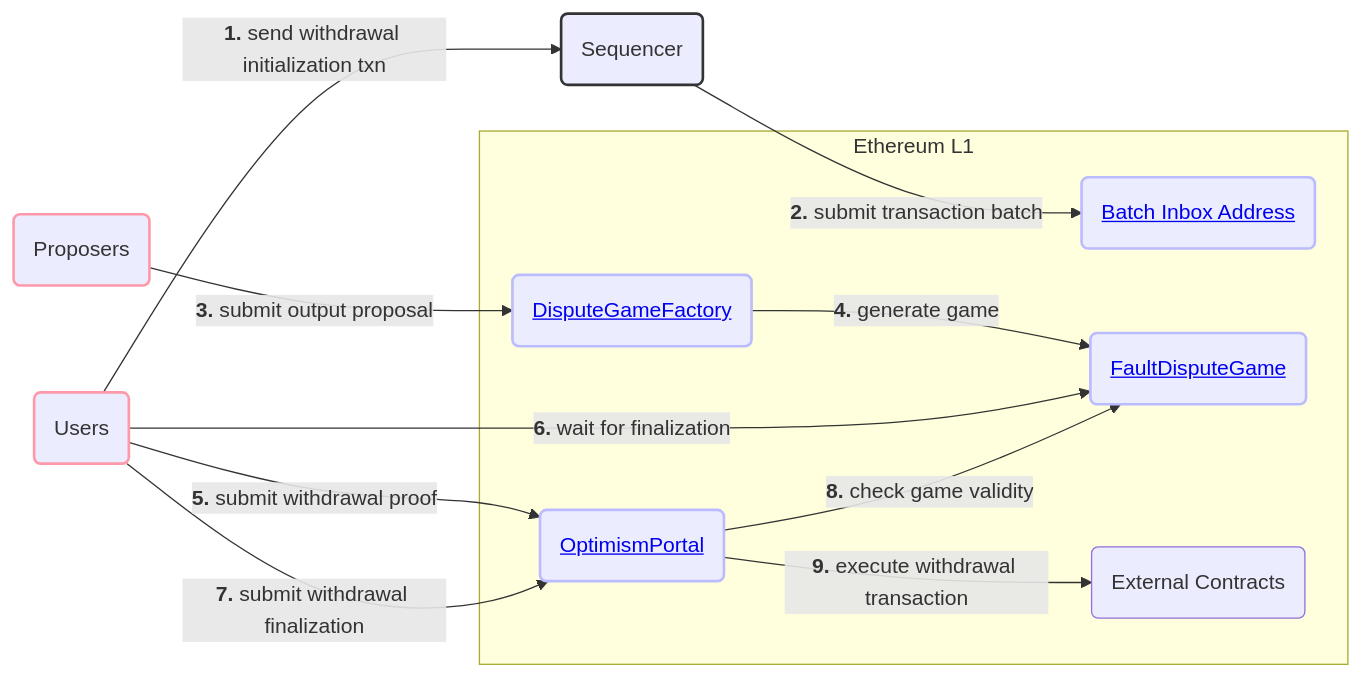
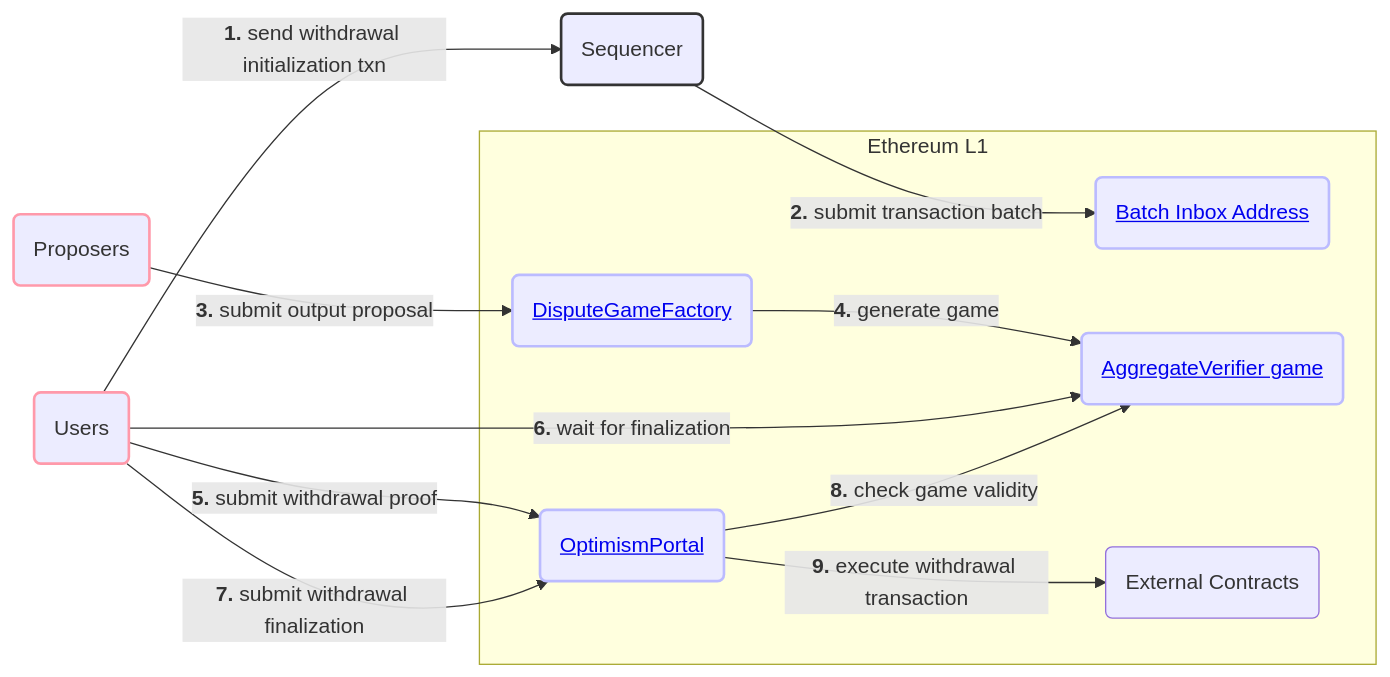
One commit to base/docs changed the eighth of 8 diagrams in docs/base-chain/specs/protocol/overview.mdx. Above: the diagram before and after it, drawn with Mermaid. The commit also changed other lines of this file and 29 other files, not shown here.

Commit message:
docs(base-chain): remove fault proof specs

````diff
--- a/docs/base-chain/specs/protocol/overview.mdx
+++ b/docs/base-chain/specs/protocol/overview.mdx
@@ -313,34 +313,34 @@
 ```mermaid
 graph LR
     subgraph "Ethereum L1"
         BatchInbox(<a href="../reference/glossary.html#batcher-transaction">Batch Inbox Address</a>)
-        DisputeGameFactory(<a href="./fault-proof/stage-one/dispute-game-interface.html#disputegamefactory-interface">DisputeGameFactory</a>)
-        FaultDisputeGame(<a href="./fault-proof/stage-one/fault-dispute-game.html">FaultDisputeGame</a>)
+        DisputeGameFactory(<a href="./proofs/contracts.html#disputegamefactory">DisputeGameFactory</a>)
+        ProofGame(<a href="./proofs/contracts.html#aggregateverifier">AggregateVerifier game</a>)
         OptimismPortal(<a href="./bridging/withdrawals.html#the-optimism-portal-contract">OptimismPortal</a>)
         ExternalContracts(External Contracts)
     end
 
     Sequencer(Sequencer)
     Proposers(Proposers)
     Users(Users)
 
     %% Interactions
     Users -->|<b>1.</b> send withdrawal initialization txn| Sequencer
     Sequencer -->|<b>2.</b> submit transaction batch| BatchInbox
     Proposers -->|<b>3.</b> submit output proposal| DisputeGameFactory
-    DisputeGameFactory -->|<b>4.</b> generate game| FaultDisputeGame
+    DisputeGameFactory -->|<b>4.</b> generate game| ProofGame
     Users -->|<b>5.</b> submit withdrawal proof| OptimismPortal
-    Users -->|<b>6.</b> wait for finalization| FaultDisputeGame
+    Users -->|<b>6.</b> wait for finalization| ProofGame
     Users -->|<b>7.</b> submit withdrawal finalization| OptimismPortal
-    OptimismPortal -->|<b>8.</b> check game validity| FaultDisputeGame
+    OptimismPortal -->|<b>8.</b> check game validity| ProofGame
     OptimismPortal -->|<b>9.</b> execute withdrawal transaction| ExternalContracts
 
     %% Styling
     classDef l1Contracts stroke:#bbf,stroke-width:2px;
     classDef l2Components stroke:#333,stroke-width:2px;
     classDef systemUser stroke:#f9a,stroke-width:2px;
 
-    class BatchInbox,DisputeGameFactory,FaultDisputeGame,OptimismPortal l1Contracts;
+    class BatchInbox,DisputeGameFactory,ProofGame,OptimismPortal l1Contracts;
     class Sequencer l2Components;
     class Users,Proposers systemUser;
 ```
````
